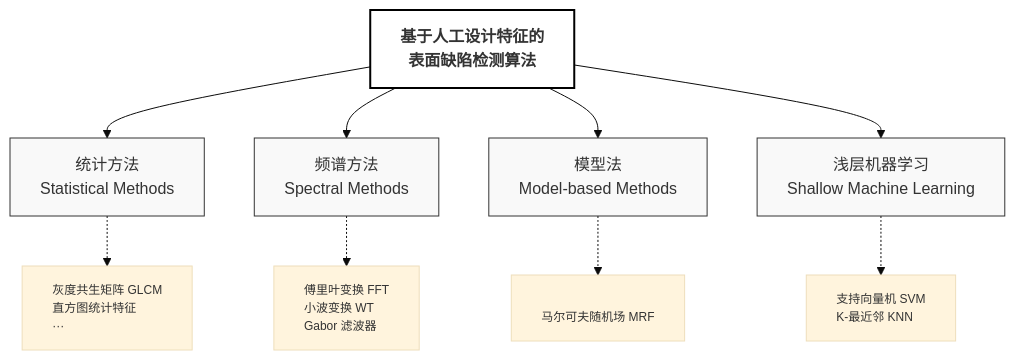
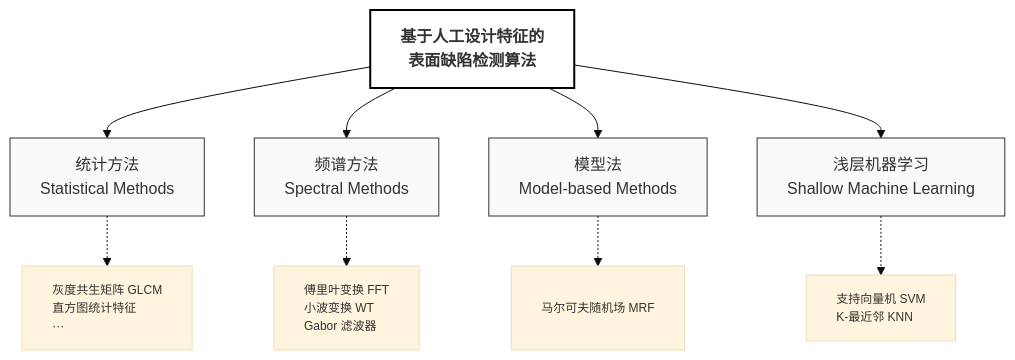
The diagram in all/未命名-1.md (MAOSHENGsong/iodraw-files), drawn with Mermaid (base theme) before and after one commit.

Commit message:
2026-03-17 18:28:22 update

````diff
--- a/all/未命名-1.md
+++ b/all/未命名-1.md
@@ -1,43 +1,43 @@
 ```mermaid
 graph TB
     %% 核心标题
     Main[
     基于人工设计特征的
     表面缺陷检测算法] 
     
     %% 第一层级：四大分支
     Statistical[统计方法<br/>Statistical Methods]
     Spectral[频谱方法<br/>Spectral Methods]
     Model[模型法<br/>Model-based Methods]
     Machine[浅层机器学习<br/>Shallow Machine Learning]
 
     %% 第二层级：典型算法
     Sub_Stat[灰度共生矩阵 GLCM<br/>直方图统计特征<br/>···]
     Sub_Spec[傅里叶变换 FFT<br/>小波变换 WT<br/>Gabor 滤波器]
-    Sub_Mod[<br/>马尔可夫随机场 MRF<br/>]
-    Sub_Mach[支持向量机 SVM<br/>K-最近邻 KNN]
+    Sub_Mod[<br/>马尔可夫随机场 MRF<br/><br/>]
+    Sub_Mach[支持向量机 SVM<br/>K-最近邻 KNN<br/>]
 
     %% 建立连接
     Main --> Statistical
     Main --> Spectral
     Main --> Model
     Main --> Machine
 
     Statistical -.-> Sub_Stat
     Spectral -.-> Sub_Spec
     Model -.-> Sub_Mod
     Machine -.-> Sub_Mach
 
     %% 样式美化：论文通常使用白底黑字或淡色调
     style Main fill:#ffffff,stroke:#000,stroke-width:2px,font-weight:bold
     style Statistical fill:#f9f9f9,stroke:#333,stroke-width:1px
     style Spectral fill:#f9f9f9,stroke:#333,stroke-width:1px
     style Model fill:#f9f9f9,stroke:#333,stroke-width:1px
     style Machine fill:#f9f9f9,stroke:#333,stroke-width:1px
     
     %% 细化子项样式
     style Sub_Stat font-size:12px,text-align:left
     style Sub_Spec font-size:12px,text-align:left
     style Sub_Mod font-size:12px,text-align:left
     style Sub_Mach font-size:12px,text-align:left
 ```
````
